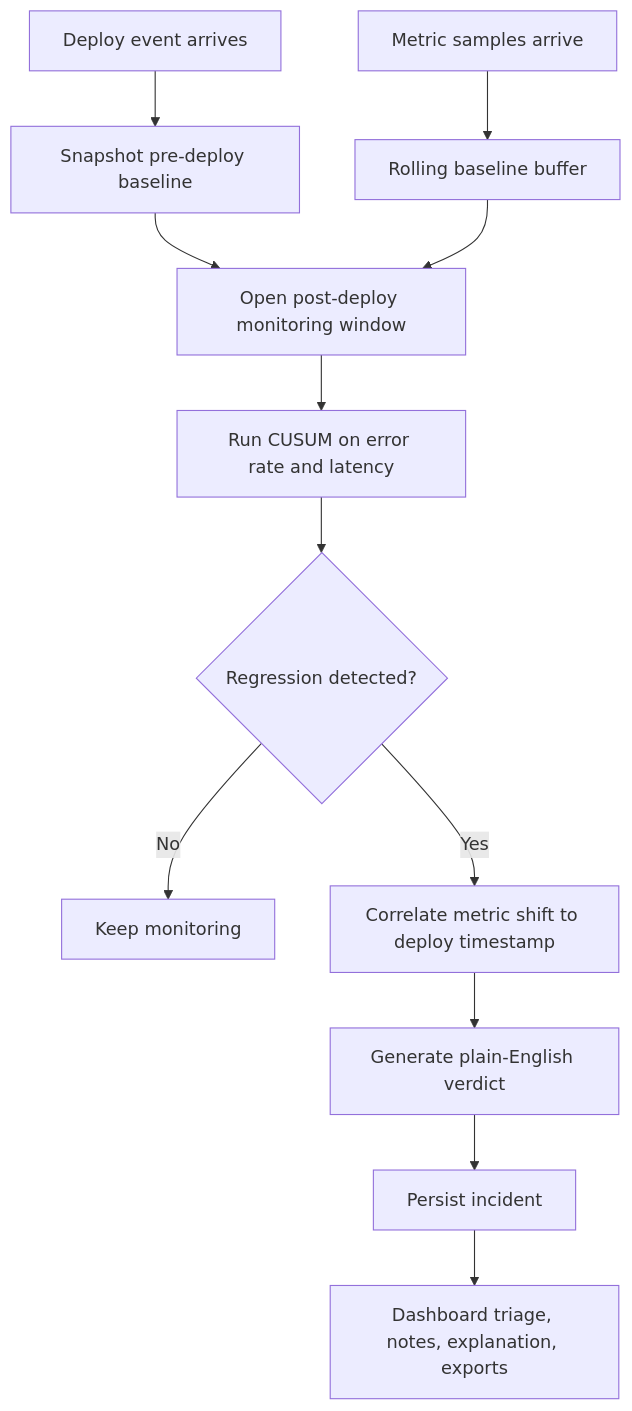
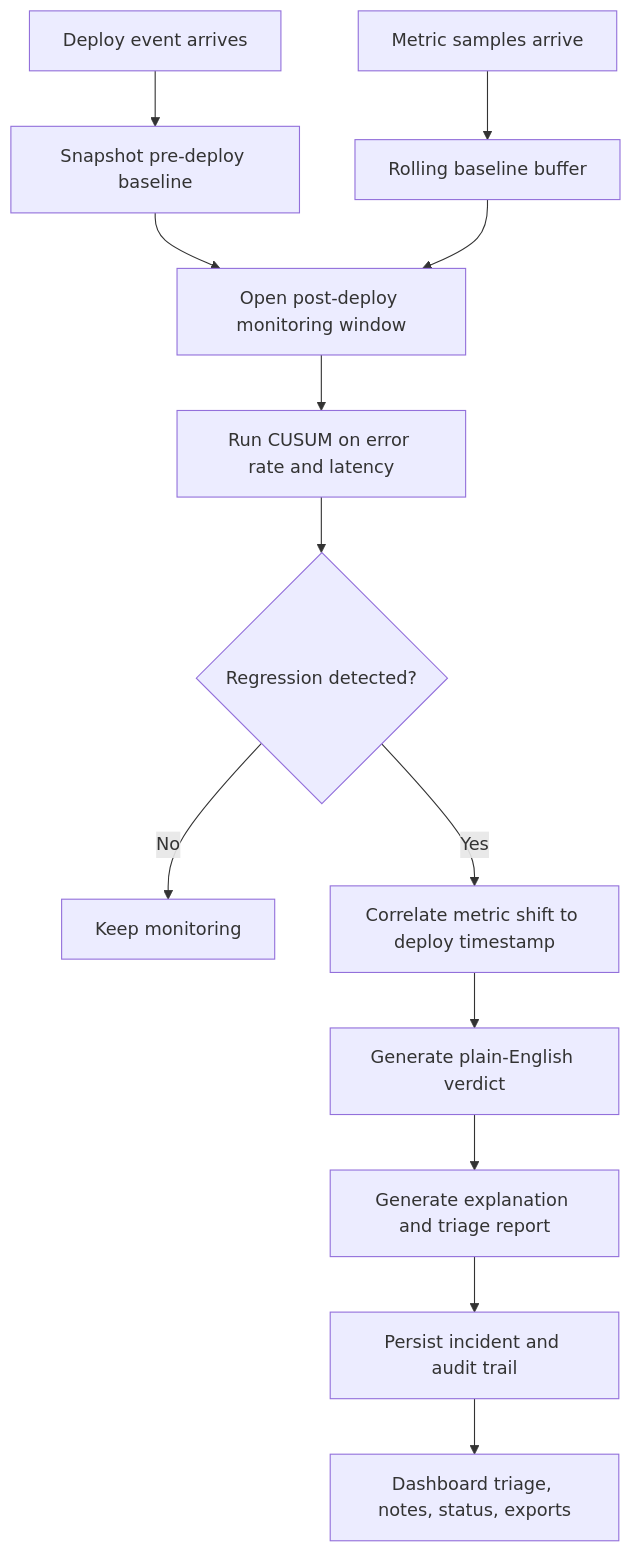
One commit to deepti-96/WatchDog changed the first of 3 diagrams in README.md. Above: the diagram before and after it, drawn with Mermaid. The commit also changed other lines of this file and 2 other files, not shown here.

````diff
--- a/README.md
+++ b/README.md
@@ -30,14 +32,15 @@
 ```mermaid
 flowchart TD
     A["Metric samples arrive"] --> B["Rolling baseline buffer"]
     C["Deploy event arrives"] --> D["Snapshot pre-deploy baseline"]
     D --> E["Open post-deploy monitoring window"]
     B --> E
     E --> F["Run CUSUM on error rate and latency"]
     F --> G{"Regression detected?"}
     G -- "No" --> H["Keep monitoring"]
     G -- "Yes" --> I["Correlate metric shift to deploy timestamp"]
     I --> J["Generate plain-English verdict"]
-    J --> K["Persist incident"]
-    K --> L["Dashboard triage, notes, explanation, exports"]
+    J --> K["Generate explanation and triage report"]
+    K --> L["Persist incident and audit trail"]
+    L --> M["Dashboard triage, notes, status, exports"]
 ```
````
